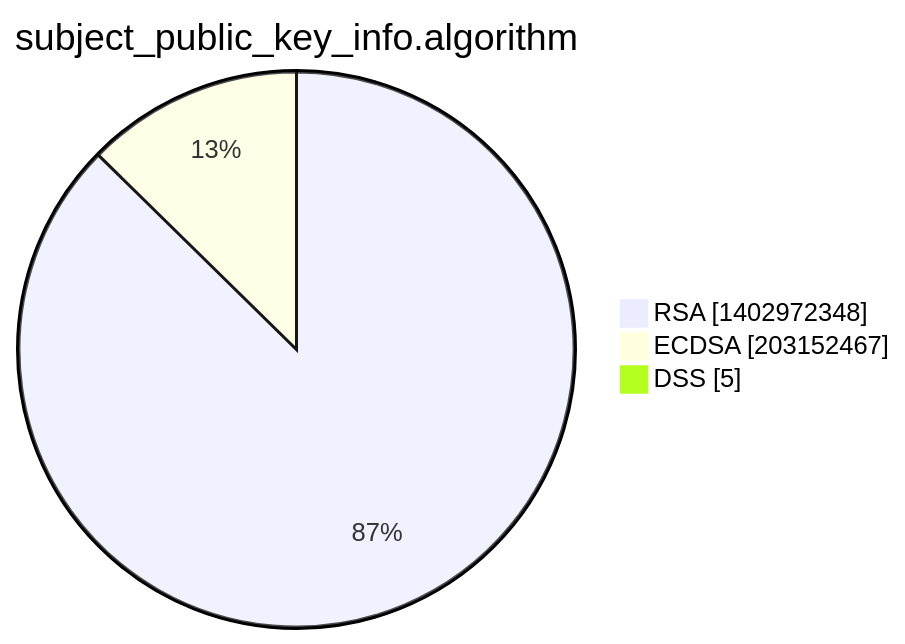
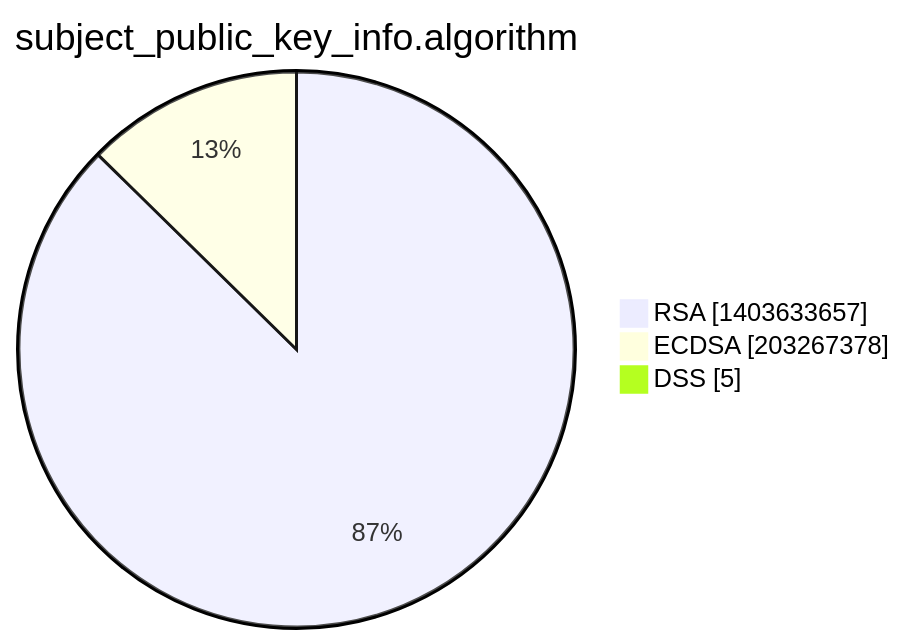
One commit to christiankrug/ctmonitor_visualization changed the third of 15 diagrams in xenon2022/README.md. Above: the diagram before and after it, drawn with Mermaid. The commit also changed other lines of this file, not shown here.

````diff
--- a/xenon2022/README.md
+++ b/xenon2022/README.md
@@ -14,7 +14,7 @@
 ```mermaid
 pie showData
 title subject_public_key_info.algorithm
-"RSA" :1402972348
-"ECDSA" :203152467
+"RSA" :1403633657
+"ECDSA" :203267378
 "DSS" :5
 ```
````
